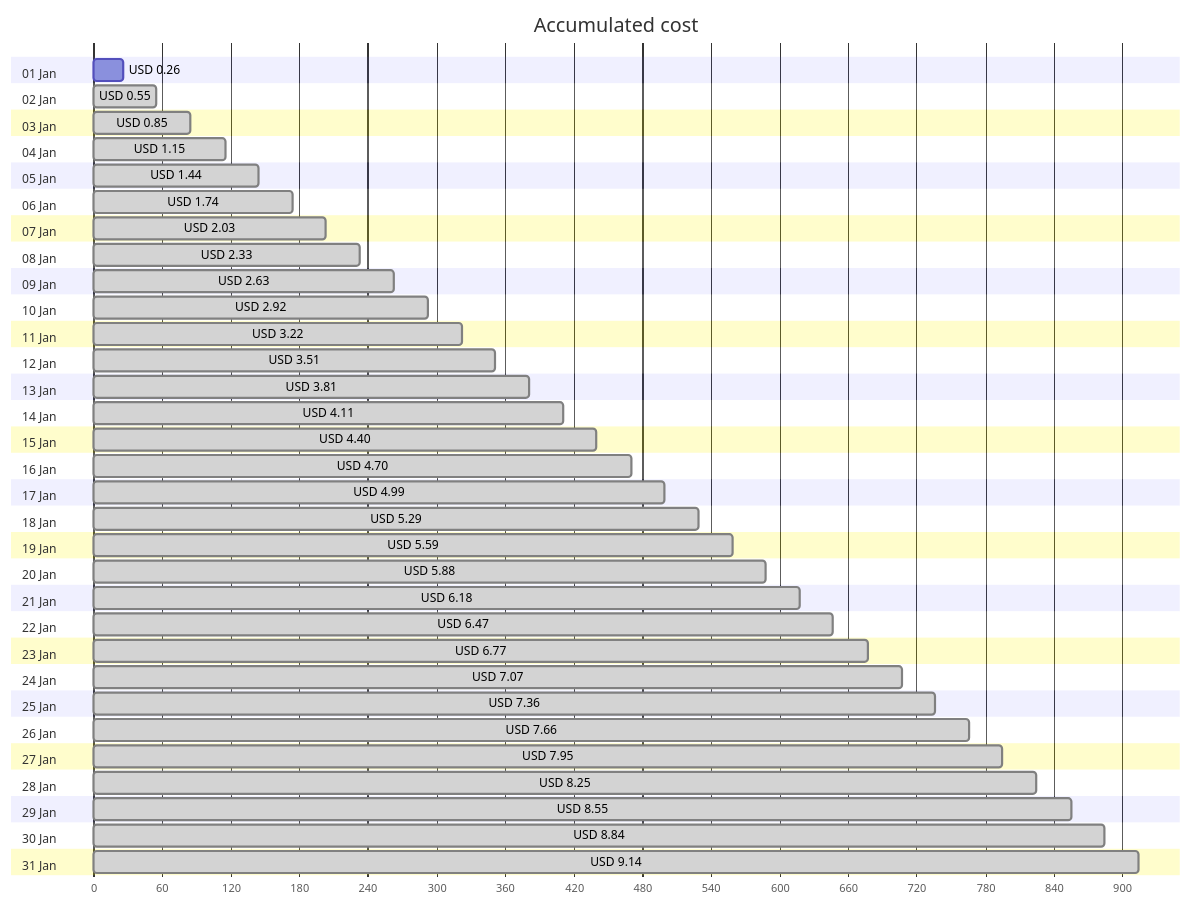
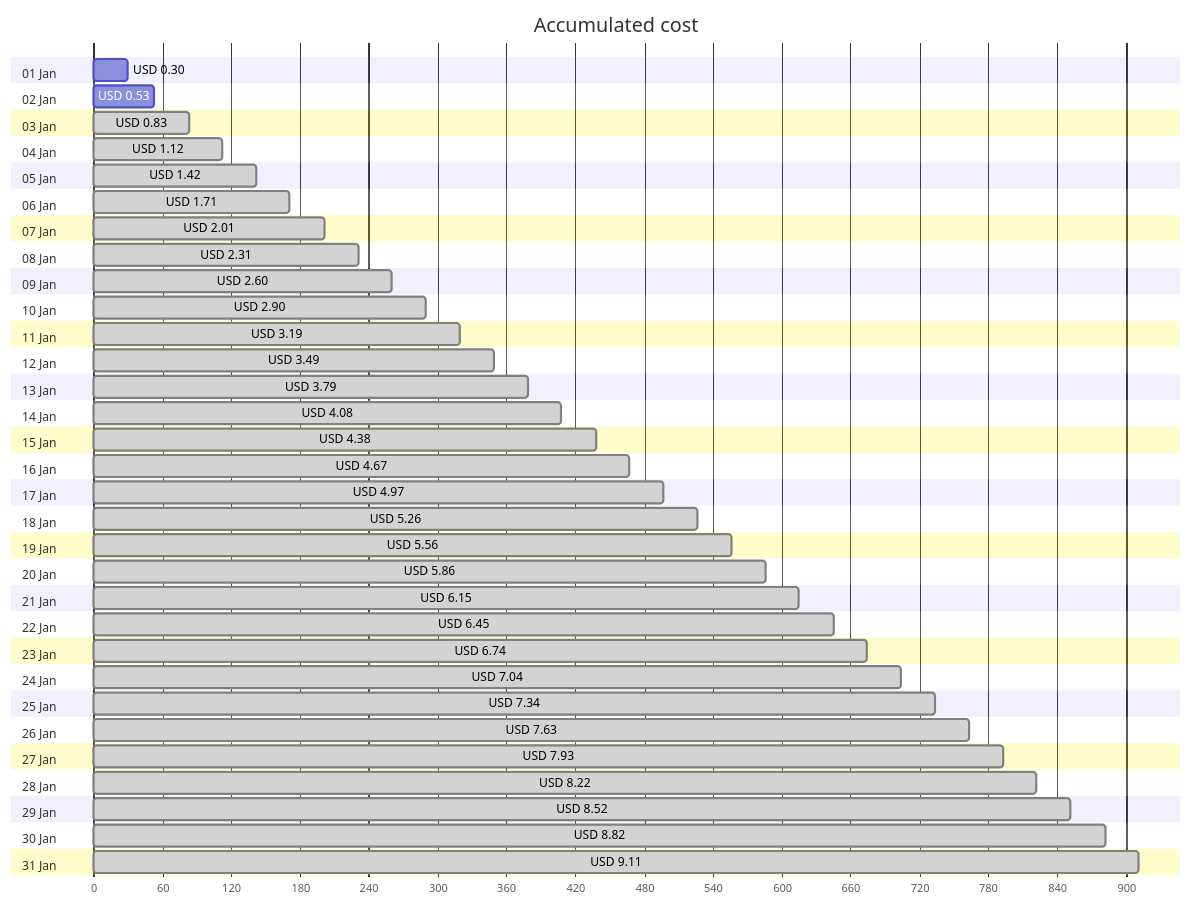
One commit to jpfulton/azure-personal-reports changed the first of 4 diagrams in cost-reports/personal-site/personal-site-preview.md. Above: the diagram before and after it, drawn with Mermaid. The commit also changed other lines of this file and 6 other files, not shown here.

````diff
--- a/cost-reports/personal-site/personal-site-preview.md
+++ b/cost-reports/personal-site/personal-site-preview.md
@@ -20,68 +20,68 @@
 ```mermaid
 gantt
    title Accumulated cost
    dateFormat  X
    axisFormat %s
    section 01 Jan
-   USD 0.26 :0, 26
+   USD 0.30 :0, 30
    section 02 Jan
-   USD 0.55 : done, 0, 55
+   USD 0.53 :0, 53
    section 03 Jan
-   USD 0.85 : done, 0, 85
+   USD 0.83 : done, 0, 83
    section 04 Jan
-   USD 1.15 : done, 0, 115
+   USD 1.12 : done, 0, 112
    section 05 Jan
-   USD 1.44 : done, 0, 144
+   USD 1.42 : done, 0, 142
    section 06 Jan
-   USD 1.74 : done, 0, 174
+   USD 1.71 : done, 0, 171
    section 07 Jan
-   USD 2.03 : done, 0, 203
+   USD 2.01 : done, 0, 201
    section 08 Jan
-   USD 2.33 : done, 0, 233
+   USD 2.31 : done, 0, 231
    section 09 Jan
-   USD 2.63 : done, 0, 263
+   USD 2.60 : done, 0, 260
    section 10 Jan
-   USD 2.92 : done, 0, 292
+   USD 2.90 : done, 0, 290
    section 11 Jan
-   USD 3.22 : done, 0, 322
+   USD 3.19 : done, 0, 319
    section 12 Jan
-   USD 3.51 : done, 0, 351
+   USD 3.49 : done, 0, 349
    section 13 Jan
-   USD 3.81 : done, 0, 381
+   USD 3.79 : done, 0, 379
    section 14 Jan
-   USD 4.11 : done, 0, 411
+   USD 4.08 : done, 0, 408
    section 15 Jan
-   USD 4.40 : done, 0, 440
+   USD 4.38 : done, 0, 438
    section 16 Jan
-   USD 4.70 : done, 0, 470
+   USD 4.67 : done, 0, 467
    section 17 Jan
-   USD 4.99 : done, 0, 499
+   USD 4.97 : done, 0, 497
    section 18 Jan
-   USD 5.29 : done, 0, 529
+   USD 5.26 : done, 0, 526
    section 19 Jan
-   USD 5.59 : done, 0, 559
+   USD 5.56 : done, 0, 556
    section 20 Jan
-   USD 5.88 : done, 0, 588
+   USD 5.86 : done, 0, 586
    section 21 Jan
-   USD 6.18 : done, 0, 618
+   USD 6.15 : done, 0, 615
    section 22 Jan
-   USD 6.47 : done, 0, 647
+   USD 6.45 : done, 0, 645
    section 23 Jan
-   USD 6.77 : done, 0, 677
+   USD 6.74 : done, 0, 674
    section 24 Jan
-   USD 7.07 : done, 0, 707
+   USD 7.04 : done, 0, 704
    section 25 Jan
-   USD 7.36 : done, 0, 736
+   USD 7.34 : done, 0, 734
    section 26 Jan
-   USD 7.66 : done, 0, 766
+   USD 7.63 : done, 0, 763
    section 27 Jan
-   USD 7.95 : done, 0, 795
+   USD 7.93 : done, 0, 793
    section 28 Jan
-   USD 8.25 : done, 0, 825
+   USD 8.22 : done, 0, 822
    section 29 Jan
-   USD 8.55 : done, 0, 855
+   USD 8.52 : done, 0, 852
    section 30 Jan
-   USD 8.84 : done, 0, 884
+   USD 8.82 : done, 0, 882
    section 31 Jan
-   USD 9.14 : done, 0, 914
+   USD 9.11 : done, 0, 911
 ```
````
